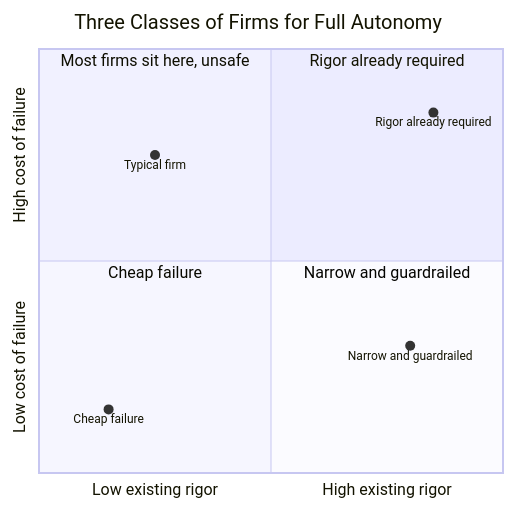
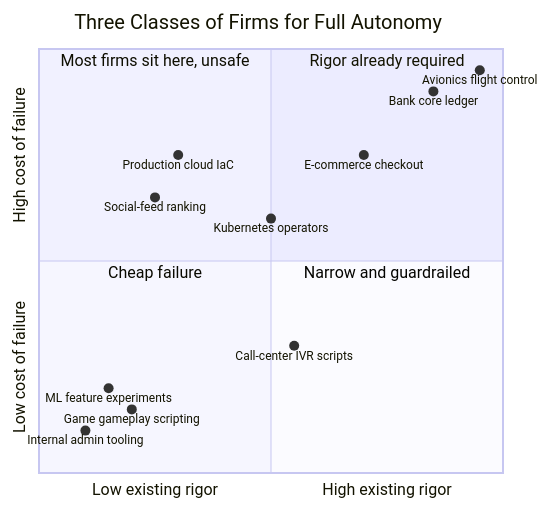
One commit to jh125486/presentations changed the sixth of 8 diagrams in UNT/dark_factory.md. Above: the diagram before and after it, drawn with Mermaid. The commit also changed other lines of this file, not shown here.

Commit message:
replace abstract quadrant points with 10 concrete SWE tasks/industries
Swapped the four generic archetype labels for ten named tasks spanning
internal tooling through avionics flight control, spread across all
four quadrants - three of them (Kubernetes operators, social-feed
ranking, production cloud IaC) deliberately sit in the unsafe quadrant
to make "most firms fit none of these natively" concrete instead of
abstract.

````diff
--- a/UNT/dark_factory.md
+++ b/UNT/dark_factory.md
@@ -336,14 +336,20 @@
 ```mermaid
 quadrantChart
     title Three Classes of Firms for Full Autonomy
     x-axis Low existing rigor --> High existing rigor
     y-axis Low cost of failure --> High cost of failure
     quadrant-1 Rigor already required
     quadrant-2 Most firms sit here, unsafe
     quadrant-3 Cheap failure
     quadrant-4 Narrow and guardrailed
-    Cheap failure: [0.15, 0.15]
-    Narrow and guardrailed: [0.8, 0.3]
-    Rigor already required: [0.85, 0.85]
-    Typical firm: [0.25, 0.75]
+    Internal admin tooling: [0.1, 0.1]
+    ML feature experiments: [0.15, 0.2]
+    Game gameplay scripting: [0.2, 0.15]
+    Call-center IVR scripts: [0.55, 0.3]
+    Kubernetes operators: [0.5, 0.6]
+    Social-feed ranking: [0.25, 0.65]
+    Production cloud IaC: [0.3, 0.75]
+    E-commerce checkout: [0.7, 0.75]
+    Bank core ledger: [0.85, 0.9]
+    Avionics flight control: [0.95, 0.95]
 ```
````
